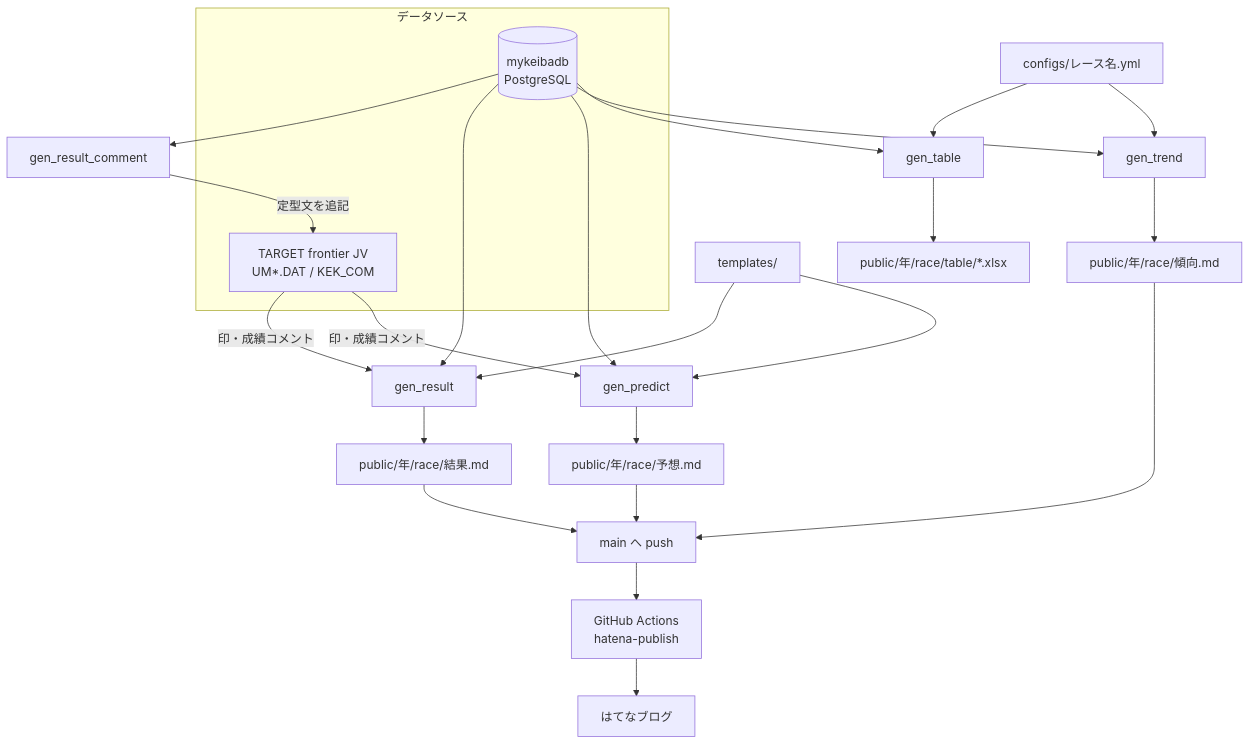
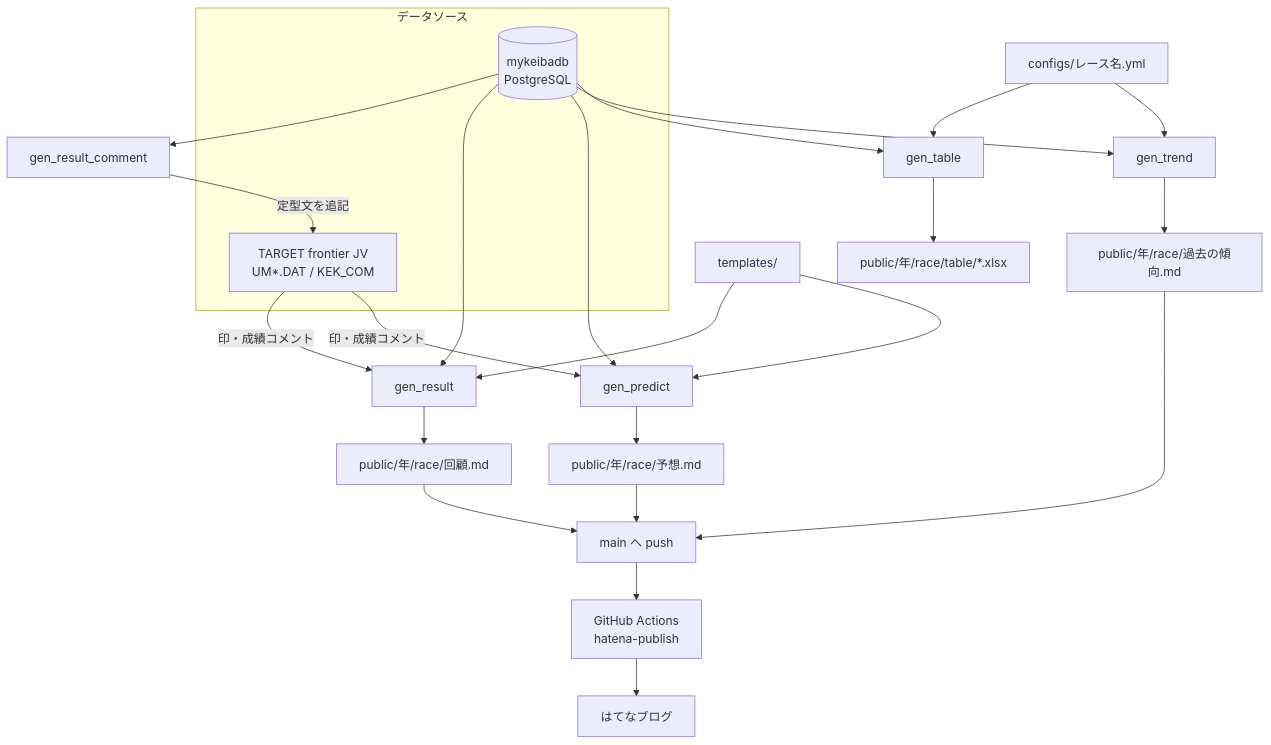
The diagram in docs/architecture.md (Kubo-Tech/g1-predict), drawn with Mermaid before and after one commit. The commit also changed other lines of this file and 12 other files, not shown here.

````diff
--- a/docs/architecture.md
+++ b/docs/architecture.md
@@ -36,36 +36,36 @@
 ```mermaid
 flowchart TD
     subgraph src[データソース]
         DB[(mykeibadb<br/>PostgreSQL)]
         TFJV[TARGET frontier JV<br/>UM*.DAT / KEK_COM]
     end
 
     CFG[configs/レース名.yml]
     TPL[templates/]
 
     DB --> GT[gen_trend]
     DB --> GTB[gen_table]
     DB --> GP[gen_predict]
     DB --> GR[gen_result]
     DB --> GRC[gen_result_comment]
 
     TFJV -- 印・成績コメント --> GP
     TFJV -- 印・成績コメント --> GR
     GRC -- 定型文を追記 --> TFJV
 
     CFG --> GT
     CFG --> GTB
     TPL --> GP
     TPL --> GR
 
-    GT --> MD1[public/年/race/傾向.md]
+    GT --> MD1[public/年/race/過去の傾向.md]
     GTB --> XLSX[public/年/race/table/*.xlsx]
     GP --> MD2[public/年/race/予想.md]
-    GR --> MD3[public/年/race/結果.md]
+    GR --> MD3[public/年/race/回顧.md]
 
     MD1 --> PUSH[main へ push]
     MD2 --> PUSH
     MD3 --> PUSH
     PUSH --> GHA[GitHub Actions<br/>hatena-publish]
     GHA --> BLOG[はてなブログ]
 ```
````
